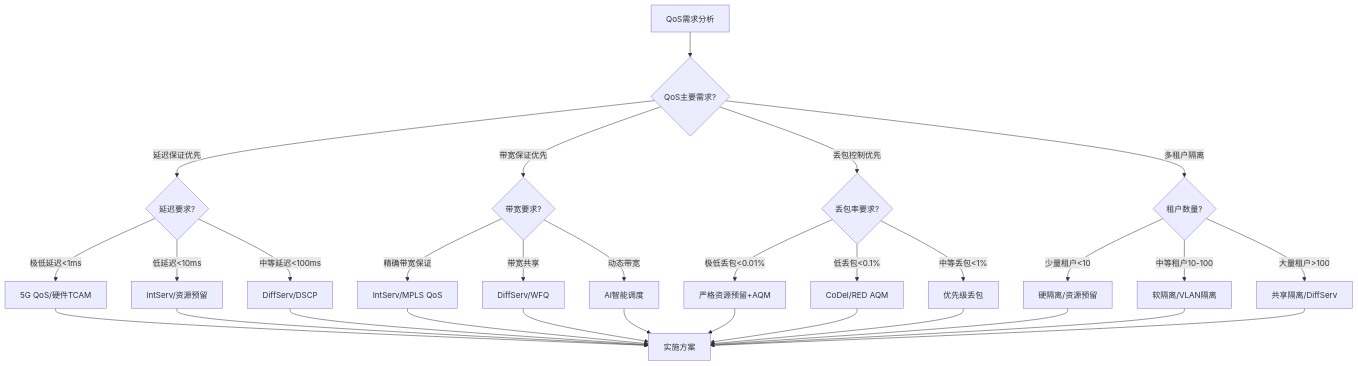
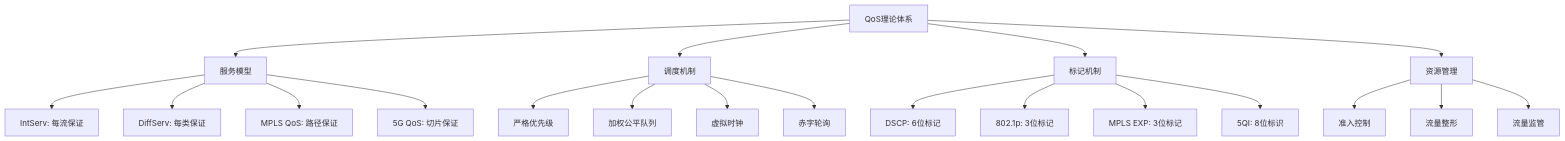
The first of 3 diagrams in Composed/schedule_formal_view/15_网络调度系统/15.2_QoS调度.md (AdaMartin18010/FormalScience), drawn with Mermaid before and after one commit. The commit also changed other lines of this file and 883 other files, not shown here.

````diff
--- a/Composed/schedule_formal_view/15_网络调度系统/15.2_QoS调度.md
+++ b/Composed/schedule_formal_view/15_网络调度系统/15.2_QoS调度.md
@@ -82,38 +74,26 @@
 ```mermaid
 graph TD
-    A[QoS需求分析] --> B{QoS主要需求?}
+    A[QoS理论体系] --> B[服务模型]
+    A --> C[调度机制]
+    A --> D[标记机制]
+    A --> E[资源管理]
 
-    B -->|延迟保证优先| C{延迟要求?}
-    B -->|带宽保证优先| D{带宽要求?}
-    B -->|丢包控制优先| E{丢包率要求?}
-    B -->|多租户隔离| F{租户数量?}
+    B --> B1[IntServ: 每流保证]
+    B --> B2[DiffServ: 每类保证]
+    B --> B3[MPLS QoS: 路径保证]
+    B --> B4[5G QoS: 切片保证]
 
-    C -->|极低延迟<1ms| C1[5G QoS/硬件TCAM]
-    C -->|低延迟<10ms| C2[IntServ/资源预留]
-    C -->|中等延迟<100ms| C3[DiffServ/DSCP]
+    C --> C1[严格优先级]
+    C --> C2[加权公平队列]
+    C --> C3[虚拟时钟]
+    C --> C4[赤字轮询]
 
-    D -->|精确带宽保证| D1[IntServ/MPLS QoS]
-    D -->|带宽共享| D2[DiffServ/WFQ]
-    D -->|动态带宽| D3[AI智能调度]
+    D --> D1[DSCP: 6位标记]
+    D --> D2[802.1p: 3位标记]
+    D --> D3[MPLS EXP: 3位标记]
+    D --> D4[5QI: 8位标识]
 
-    E -->|极低丢包<0.01%| E1[严格资源预留+AQM]
-    E -->|低丢包<0.1%| E2[CoDel/RED AQM]
-    E -->|中等丢包<1%| E3[优先级丢包]
-
-    F -->|少量租户<10| F1[硬隔离/资源预留]
-    F -->|中等租户10-100| F2[软隔离/VLAN隔离]
-    F -->|大量租户>100| F3[共享隔离/DiffServ]
-
-    C1 --> G[实施方案]
-    C2 --> G
-    C3 --> G
-    D1 --> G
-    D2 --> G
-    D3 --> G
-    E1 --> G
-    E2 --> G
-    E3 --> G
-    F1 --> G
-    F2 --> G
-    F3 --> G
+    E --> E1[准入控制]
+    E --> E2[流量整形]
+    E --> E3[流量监管]
 ```
````
